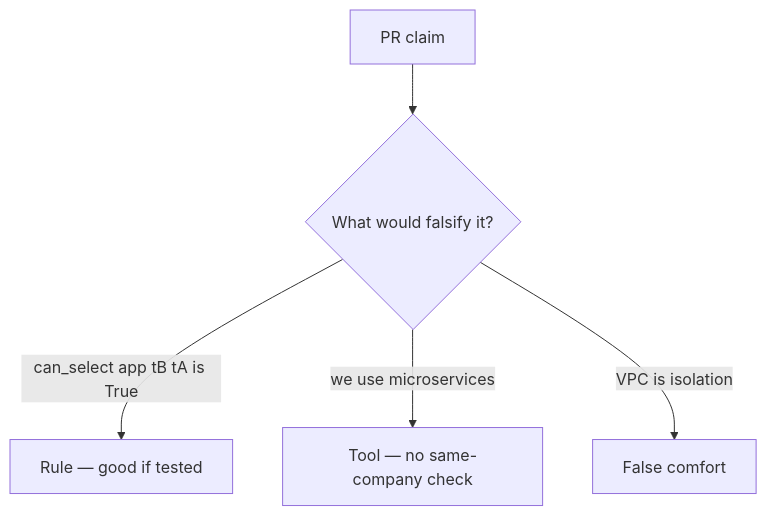
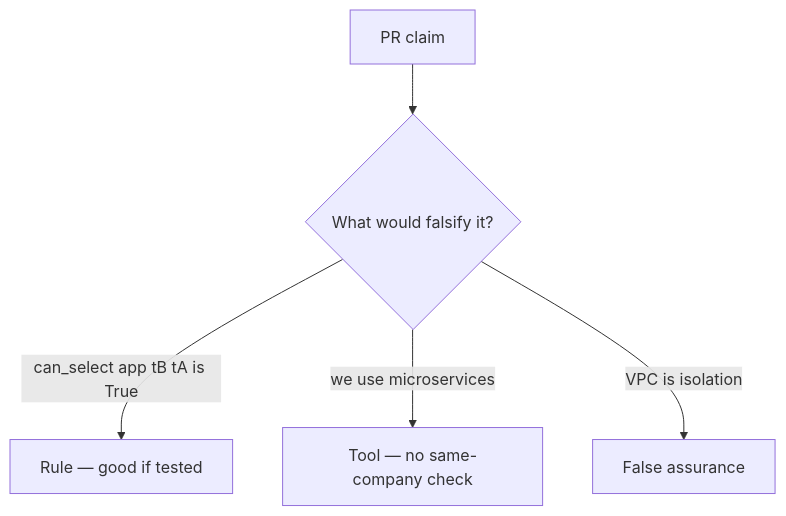
Before and after one commit to ishitvagoel/LearnSecurity: the diagram in content/modules/3/3.3/lessons/08-review.md, drawn with Mermaid. The commit also changed other lines of this file and 240 other files, not shown here.

````diff
--- a/content/modules/3/3.3/lessons/08-review.md
+++ b/content/modules/3/3.3/lessons/08-review.md
@@ -18,7 +18,7 @@
 ```mermaid
 flowchart TD
   Claim[PR claim] --> Q{"What would falsify it?"}
   Q -->|"can_select app tB tA is True"| Property["Rule — good if tested"]
   Q -->|"we use microservices"| Mechanism[Tool — no same-company check]
-  Q -->|"VPC is isolation"| False[False comfort]
+  Q -->|"VPC is isolation"| False[False assurance]
 ```
````
